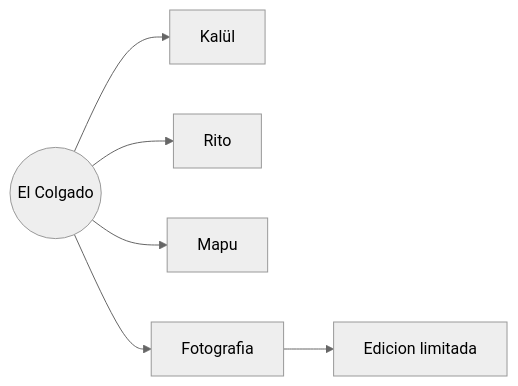
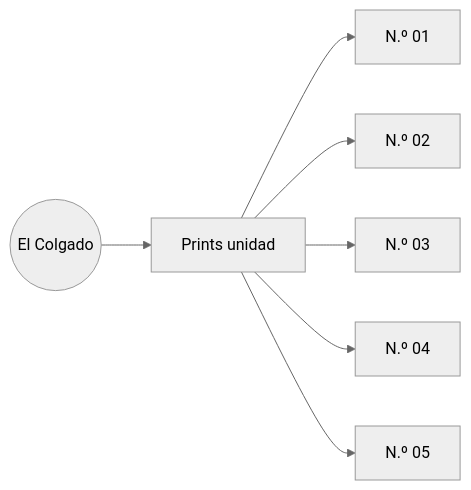
One commit to EGGS-Artesvisuales/EGGS-Artesvisuales.github.io changed the diagram in MPD/serie-el-colgado.md. Above: the diagram before and after it, drawn with Mermaid (neutral theme). The commit also changed other lines of this file, not shown here.

Commit message:
Ajusta landing MPD de El Colgado a venta por unidad

```diff
--- a/MPD/serie-el-colgado.md
+++ b/MPD/serie-el-colgado.md
@@ -33,8 +33,9 @@
 <div class="mermaid">
 flowchart LR
-  A((El Colgado)) --> C[Kalül]
-  A --> R[Rito]
-  A --> T[Mapu]
-  A --> F[Fotografia]
-  F --> E[Edicion limitada]
+  A((El Colgado)) --> U[Prints unidad]
+  U --> N1[N.º 01]
+  U --> N2[N.º 02]
+  U --> N3[N.º 03]
+  U --> N4[N.º 04]
+  U --> N5[N.º 05]
 </div>
```
